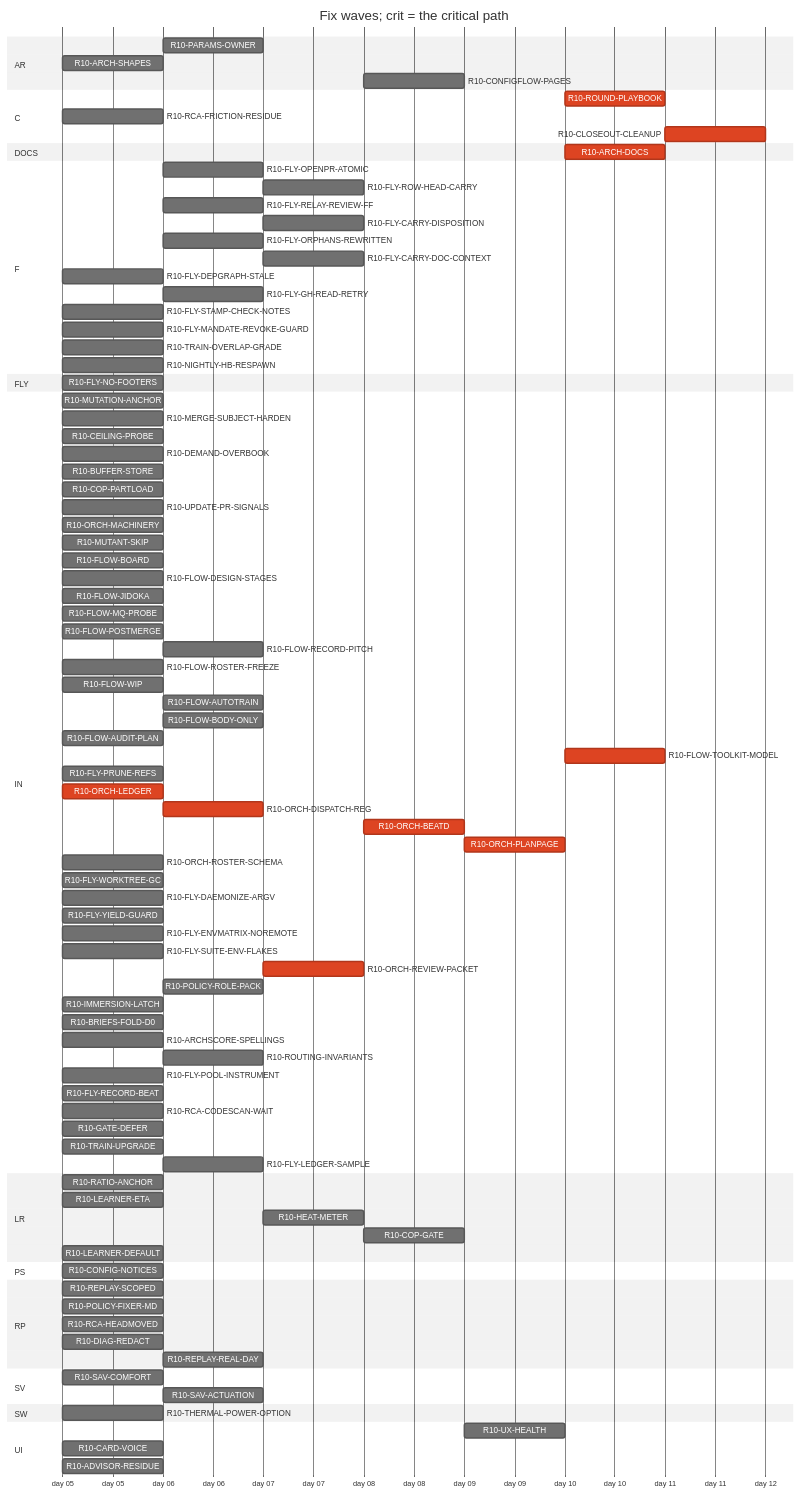
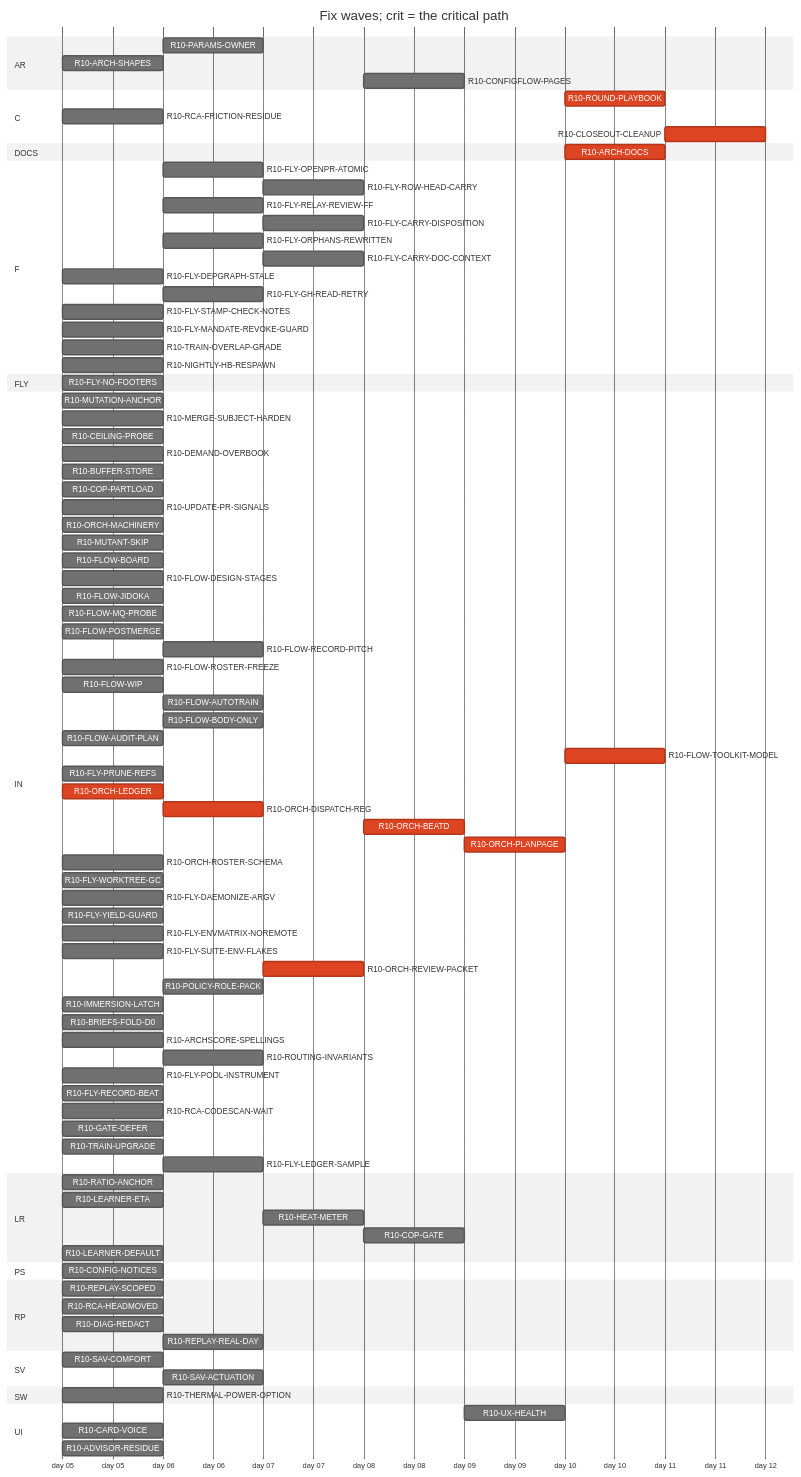
The diagram in handoff/round10/state/PLAN-TABLE.md (tvofi/heatpump_optimizer), drawn with Mermaid (neutral theme) before and after one commit. The commit also changed other lines of this file and 2 other files, not shown here.

Commit message:
state: NEXT-SESSION-PROMPT.md, PLAN-TABLE.md, RESUME-CURRENT.md regenerated (state_docs.py)

```diff
--- a/handoff/round10/state/PLAN-TABLE.md
+++ b/handoff/round10/state/PLAN-TABLE.md
@@ -36,7 +36,7 @@
     R10-RCA-FRICTION-RESIDUE :r10RCAFRICTIONRESIDUE, 2026-01-05, 1d
     R10-CLOSEOUT-CLEANUP :crit, r10CLOSEOUTCLEANUP, after r10FLYPRUNEREFS r10FLYWORKTREEGC r10ARCHDOCS r10ROUNDPLAYBOOK, 1d
   section DOCS
-    R10-ARCH-DOCS :crit, r10ARCHDOCS, after r10RATIOANCHOR r10CONFIGNOTICES r10PARAMSOWNER r10ARCHSHAPES r10LEARNERETA r10HEATMETER r10COPGATE r10UXHEALTH r10CONFIGFLOWPAGES r10REPLAYSCOPED r10POLICYFIXERMD r10RCAHEADMOVED r10SAVCOMFORT r10MUTATIONANCHOR r10MERGESUBJECTHARDEN r10CEILINGPROBE r10DEMANDOVERBOOK r10BUFFERSTORE r10COPPARTLOAD r10UPDATEPRSIGNALS r10CARDVOICE r10THERMALPOWEROPTION r10LEARNERDEFAULT r10MUTANTSKIP r10FLOWBOARD r10FLOWDESIGNSTAGES r10FLOWJIDOKA r10FLOWMQPROBE r10FLOWPOSTMERGE r10FLOWRECORDPITCH r10FLOWROSTERFREEZE r10FLOWWIP r10FLOWAUTOTRAIN r10FLOWBODYONLY r10FLYOPENPRATOMIC r10FLYROWHEADCARRY r10FLOWAUDITPLAN r10FLYRELAYREVIEWFF r10FLYCARRYDISPOSITION r10FLYORPHANSREWRITTEN r10FLYCARRYDOCCONTEXT r10FLYDEPGRAPHSTALE r10FLOWTOOLKITMODEL r10FLYSTAMPCHECKNOTES r10FLYMANDATEREVOKEGUARD r10RCAFRICTIONRESIDUE r10TRAINOVERLAPGRADE r10NIGHTLYHBRESPAWN r10FLYPRUNEREFS r10ORCHLEDGER r10ORCHDISPATCHREG r10ORCHBEATD r10ORCHPLANPAGE r10ORCHROSTERSCHEMA r10FLYWORKTREEGC r10FLYDAEMONIZEARGV r10FLYYIELDGUARD r10FLYENVMATRIXNOREMOTE r10ORCHREVIEWPACKET r10POLICYROLEPACK r10IMMERSIONLATCH r10DIAGREDACT r10ADVISORRESIDUE r10BRIEFSFOLDD0 r10REPLAYREALDAY r10ARCHSCORESPELLINGS r10ROUTINGINVARIANTS r10SAVACTUATION r10FLYPOOLINSTRUMENT r10FLYRECORDBEAT r10RCACODESCANWAIT r10GATEDEFER r10TRAINUPGRADE r10FLYLEDGERSAMPLE, 1d
+    R10-ARCH-DOCS :crit, r10ARCHDOCS, after r10RATIOANCHOR r10CONFIGNOTICES r10PARAMSOWNER r10ARCHSHAPES r10LEARNERETA r10HEATMETER r10COPGATE r10UXHEALTH r10CONFIGFLOWPAGES r10REPLAYSCOPED r10RCAHEADMOVED r10SAVCOMFORT r10MUTATIONANCHOR r10MERGESUBJECTHARDEN r10CEILINGPROBE r10DEMANDOVERBOOK r10BUFFERSTORE r10COPPARTLOAD r10UPDATEPRSIGNALS r10CARDVOICE r10THERMALPOWEROPTION r10LEARNERDEFAULT r10MUTANTSKIP r10FLOWBOARD r10FLOWDESIGNSTAGES r10FLOWJIDOKA r10FLOWMQPROBE r10FLOWPOSTMERGE r10FLOWRECORDPITCH r10FLOWROSTERFREEZE r10FLOWWIP r10FLOWAUTOTRAIN r10FLOWBODYONLY r10FLYOPENPRATOMIC r10FLYROWHEADCARRY r10FLOWAUDITPLAN r10FLYRELAYREVIEWFF r10FLYCARRYDISPOSITION r10FLYORPHANSREWRITTEN r10FLYCARRYDOCCONTEXT r10FLYDEPGRAPHSTALE r10FLOWTOOLKITMODEL r10FLYSTAMPCHECKNOTES r10FLYMANDATEREVOKEGUARD r10RCAFRICTIONRESIDUE r10TRAINOVERLAPGRADE r10NIGHTLYHBRESPAWN r10FLYPRUNEREFS r10ORCHLEDGER r10ORCHDISPATCHREG r10ORCHBEATD r10ORCHPLANPAGE r10ORCHROSTERSCHEMA r10FLYWORKTREEGC r10FLYDAEMONIZEARGV r10FLYYIELDGUARD r10FLYENVMATRIXNOREMOTE r10ORCHREVIEWPACKET r10POLICYROLEPACK r10IMMERSIONLATCH r10DIAGREDACT r10ADVISORRESIDUE r10BRIEFSFOLDD0 r10REPLAYREALDAY r10ARCHSCORESPELLINGS r10ROUTINGINVARIANTS r10SAVACTUATION r10FLYPOOLINSTRUMENT r10FLYRECORDBEAT r10RCACODESCANWAIT r10GATEDEFER r10TRAINUPGRADE r10FLYLEDGERSAMPLE, 1d
   section F
     R10-FLY-OPENPR-ATOMIC :r10FLYOPENPRATOMIC, after r10UPDATEPRSIGNALS, 1d
     R10-FLY-ROW-HEAD-CARRY :r10FLYROWHEADCARRY, after r10FLYOPENPRATOMIC r10FLOWMQPROBE, 1d
@@ -77,7 +77,7 @@
     R10-FLY-PRUNE-REFS :r10FLYPRUNEREFS, 2026-01-05, 1d
     R10-ORCH-LEDGER :crit, r10ORCHLEDGER, 2026-01-05, 1d
     R10-ORCH-DISPATCH-REG :crit, r10ORCHDISPATCHREG, after r10ORCHLEDGER, 1d
-    R10-ORCH-BEATD :crit, r10ORCHBEATD, after r10ORCHDISPATCHREG r10POLICYFIXERMD r10ORCHREVIEWPACKET, 1d
+    R10-ORCH-BEATD :crit, r10ORCHBEATD, after r10ORCHDISPATCHREG r10ORCHREVIEWPACKET, 1d
     R10-ORCH-PLANPAGE :crit, r10ORCHPLANPAGE, after r10ORCHBEATD, 1d
     R10-ORCH-ROSTER-SCHEMA :r10ORCHROSTERSCHEMA, 2026-01-05, 1d
     R10-FLY-WORKTREE-GC :r10FLYWORKTREEGC, 2026-01-05, 1d
@@ -85,8 +85,8 @@
     R10-FLY-YIELD-GUARD :r10FLYYIELDGUARD, 2026-01-05, 1d
     R10-FLY-ENVMATRIX-NOREMOTE :r10FLYENVMATRIXNOREMOTE, 2026-01-05, 1d
     R10-FLY-SUITE-ENV-FLAKES :r10FLYSUITEENVFLAKES, 2026-01-05, 1d
-    R10-ORCH-REVIEW-PACKET :crit, r10ORCHREVIEWPACKET, after r10ORCHDISPATCHREG r10POLICYFIXERMD, 1d
-    R10-POLICY-ROLE-PACK :r10POLICYROLEPACK, after r10POLICYFIXERMD r10FLOWDESIGNSTAGES, 1d
+    R10-ORCH-REVIEW-PACKET :crit, r10ORCHREVIEWPACKET, after r10ORCHDISPATCHREG, 1d
+    R10-POLICY-ROLE-PACK :r10POLICYROLEPACK, after r10FLOWDESIGNSTAGES, 1d
     R10-IMMERSION-LATCH :r10IMMERSIONLATCH, 2026-01-05, 1d
     R10-BRIEFS-FOLD-D0 :r10BRIEFSFOLDD0, 2026-01-05, 1d
     R10-ARCHSCORE-SPELLINGS :r10ARCHSCORESPELLINGS, 2026-01-05, 1d
@@ -107,7 +107,6 @@
     R10-CONFIG-NOTICES :r10CONFIGNOTICES, 2026-01-05, 1d
   section RP
     R10-REPLAY-SCOPED :r10REPLAYSCOPED, 2026-01-05, 1d
-    R10-POLICY-FIXER-MD :r10POLICYFIXERMD, 2026-01-05, 1d
     R10-RCA-HEADMOVED :r10RCAHEADMOVED, 2026-01-05, 1d
     R10-DIAG-REDACT :r10DIAGREDACT, 2026-01-05, 1d
     R10-REPLAY-REAL-DAY :r10REPLAYREALDAY, after r10REPLAYSCOPED r10DIAGREDACT, 1d
```
